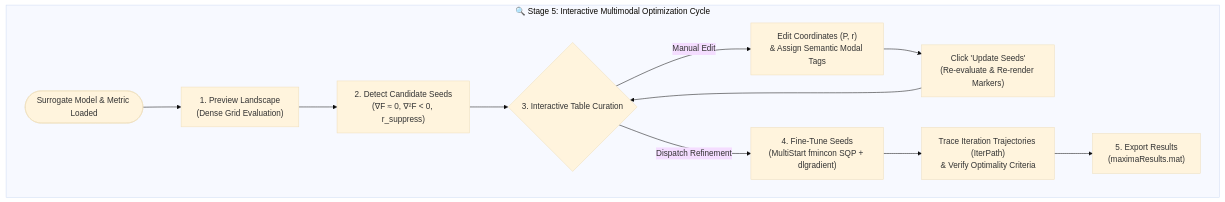
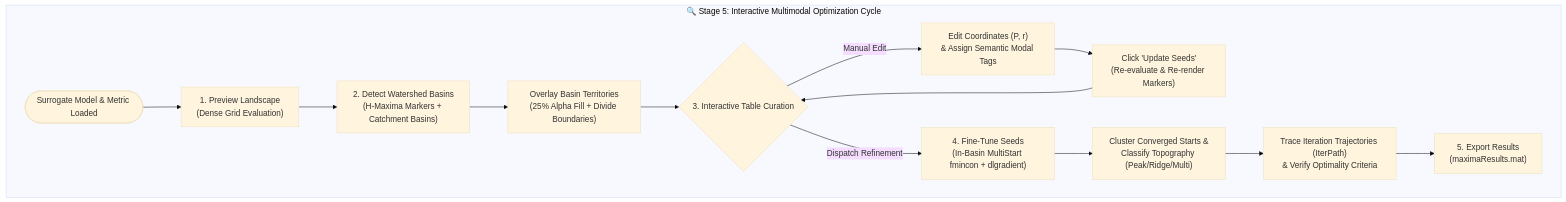
The diagram in docs/optimization_workflow_guide.md (MahZadYar/ASSTEROID), drawn with Mermaid (base theme) before and after one commit. The commit also changed other lines of this file and 16 other files, not shown here.

Commit message:
feat(v5.2): implement marker-controlled topological watershed basin partitioning and in-basin multimodal refinement

````diff
--- a/docs/optimization_workflow_guide.md
+++ b/docs/optimization_workflow_guide.md
@@ -32,16 +34,18 @@
 ```mermaid
 flowchart TD
     subgraph UI_Cycle ["🔍 Stage 5: Interactive Multimodal Optimization Cycle"]
         Start(["Surrogate Model &amp; Metric Loaded"]) --> Preview["1. Preview Landscape<br/>(Dense Grid Evaluation)"]
-        Preview --> Detect["2. Detect Candidate Seeds<br/>(&nabla;F &asymp; 0, &nabla;&sup2;F &lt; 0, r_suppress)"]
-        Detect --> Curate{"3. Interactive Table Curation"}
+        Preview --> Detect["2. Detect Watershed Basins<br/>(H-Maxima Markers + Catchment Basins)"]
+        Detect --> BasinVis["Overlay Basin Territories<br/>(25% Alpha Fill + Divide Boundaries)"]
+        BasinVis --> Curate{"3. Interactive Table Curation"}
         
         Curate -->|Manual Edit| Edit["Edit Coordinates (P, r)<br/>&amp; Assign Semantic Modal Tags"]
         Edit --> Update["Click 'Update Seeds'<br/>(Re-evaluate &amp; Re-render Markers)"]
         Update --> Curate
         
-        Curate -->|Dispatch Refinement| Refine["4. Fine-Tune Seeds<br/>(MultiStart fmincon SQP + dlgradient)"]
-        Refine --> Traj["Trace Iteration Trajectories (IterPath)<br/>&amp; Verify Optimality Criteria"]
+        Curate -->|Dispatch Refinement| Refine["4. Fine-Tune Seeds<br/>(In-Basin MultiStart fmincon + dlgradient)"]
+        Refine --> Coalesce["Cluster Converged Starts &amp;<br/>Classify Topography (Peak/Ridge/Multi)"]
+        Coalesce --> Traj["Trace Iteration Trajectories (IterPath)<br/>&amp; Verify Optimality Criteria"]
         Traj --> Export["5. Export Results<br/>(maximaResults.mat)"]
     end
 ```
````
